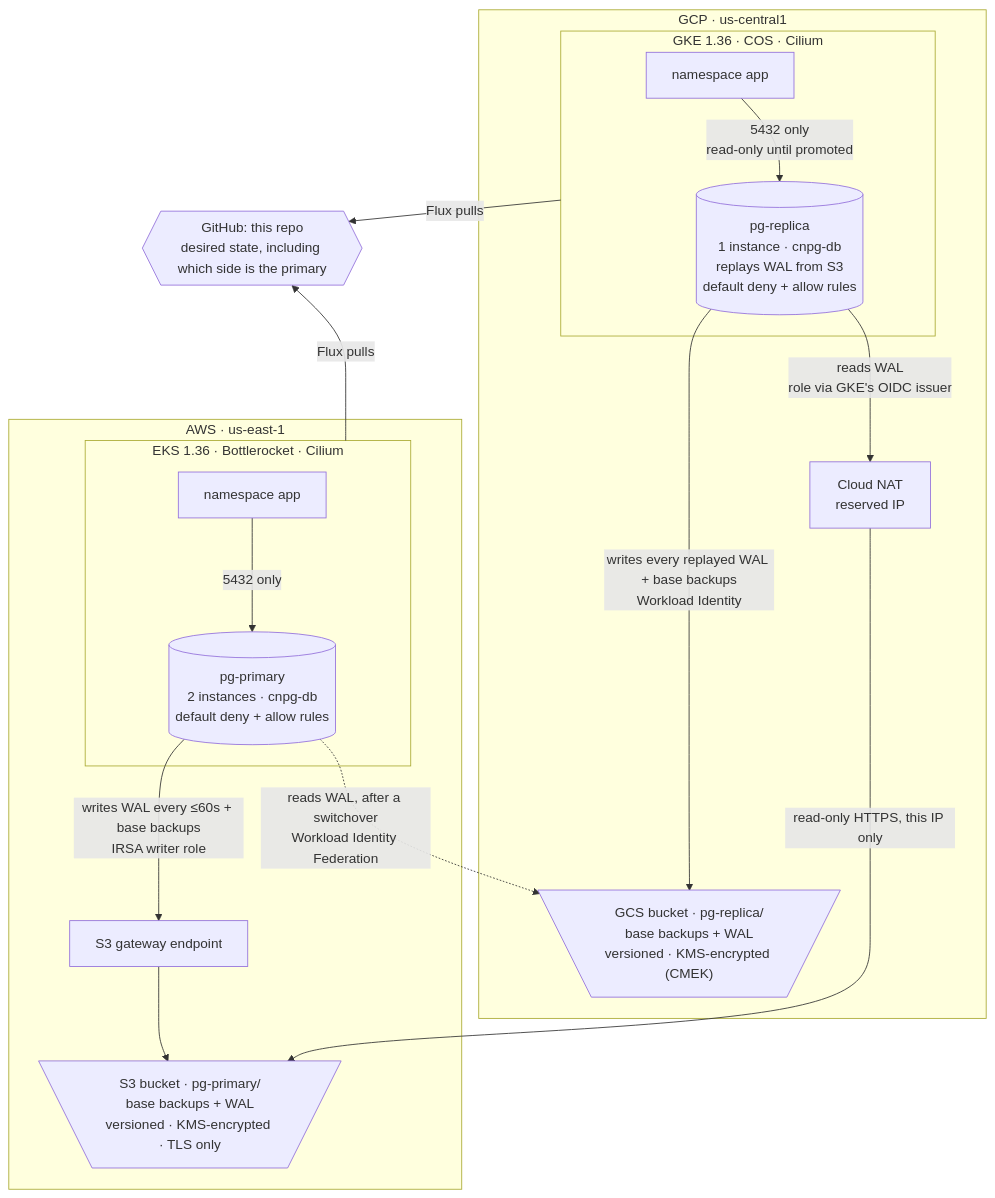
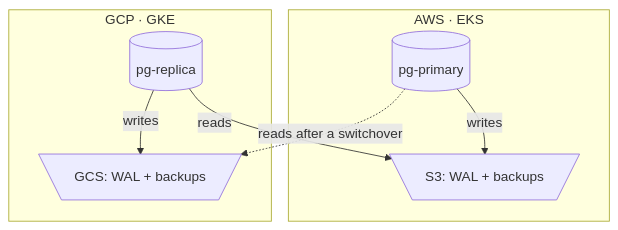
One commit to william-stewart/poc-multicloud-postgres changed the diagram in README.md. Above: the diagram before and after it, drawn with Mermaid. The commit also changed other lines of this file and 2 other files, not shown here.

````diff
--- a/README.md
+++ b/README.md
@@ -12,34 +11,15 @@
 ```mermaid
 flowchart TB
-  git{{"GitHub: this repo<br/>desired state, including which side is the primary"}}
-
-  subgraph AWS["AWS · us-east-1"]
-    subgraph EKS["EKS 1.36 · Bottlerocket · Cilium"]
-      app["namespace app"]
-      primary[("pg-primary<br/>2 instances · cnpg-db<br/>default deny + allow rules")]
-    end
-    vpce["S3 gateway endpoint"]
-    s3[\"S3 bucket · pg-primary/<br/>base backups + WAL<br/>versioned · KMS-encrypted · TLS only"/]
+  subgraph AWS["AWS · EKS"]
+    primary[("pg-primary")]
+    s3[\"S3: WAL + backups"/]
   end
-
-  subgraph GCP["GCP · us-central1"]
-    subgraph GKE["GKE 1.36 · COS · Cilium"]
-      app2["namespace app"]
-      replica[("pg-replica<br/>1 instance · cnpg-db<br/>replays WAL from S3<br/>default deny + allow rules")]
-    end
-    nat["Cloud NAT<br/>reserved IP"]
-    gcs[\"GCS bucket · pg-replica/<br/>base backups + WAL<br/>versioned · KMS-encrypted (CMEK)"/]
+  subgraph GCP["GCP · GKE"]
+    replica[("pg-replica")]
+    gcs[\"GCS: WAL + backups"/]
   end
-
-  git ~~~ AWS
-  EKS -- "Flux pulls" --> git
-  GKE -- "Flux pulls" --> git
-  app -- "5432 only" --> primary
-  primary -- "writes WAL every ≤60s + base backups<br/>IRSA writer role" --> vpce
-  vpce --> s3
-  replica -- "reads WAL<br/>role via GKE's OIDC issuer" --> nat
-  nat -- "read-only HTTPS, this IP only" --> s3
-  replica -- "writes every replayed WAL + base backups<br/>Workload Identity" --> gcs
-  app2 -- "5432 only<br/>read-only until promoted" --> replica
-  primary -. "reads WAL, after a switchover<br/>Workload Identity Federation" .-> gcs
+  primary -- "writes" --> s3
+  replica -- "reads" --> s3
+  replica -- "writes" --> gcs
+  primary -. "reads after a switchover" .-> gcs
 ```
````
